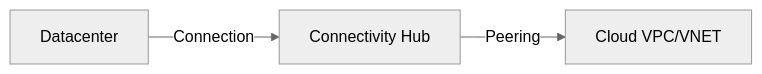
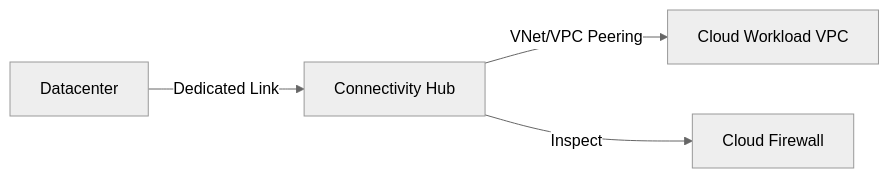
The second of 30 diagrams in README.md (Devopstrio/hybrid-landingzone), drawn with Mermaid (neutral theme) before and after one commit. The commit also changed other lines of this file, not shown here.

Commit message:
docs: finalize premium institutional-grade README with 30+ diagrams and executive summary

````diff
--- a/README.md
+++ b/README.md
@@ -43,5 +80,6 @@
 ```mermaid
 graph LR
-    DC[Datacenter] -- Connection --> Hub[Connectivity Hub]
-    Hub -- Peering --> Cloud[Cloud VPC/VNET]
+    DC[Datacenter] -- Dedicated Link --> Hub[Connectivity Hub]
+    Hub -- VNet/VPC Peering --> Cloud[Cloud Workload VPC]
+    Hub -- Inspect --> FW[Cloud Firewall]
 ```
````
